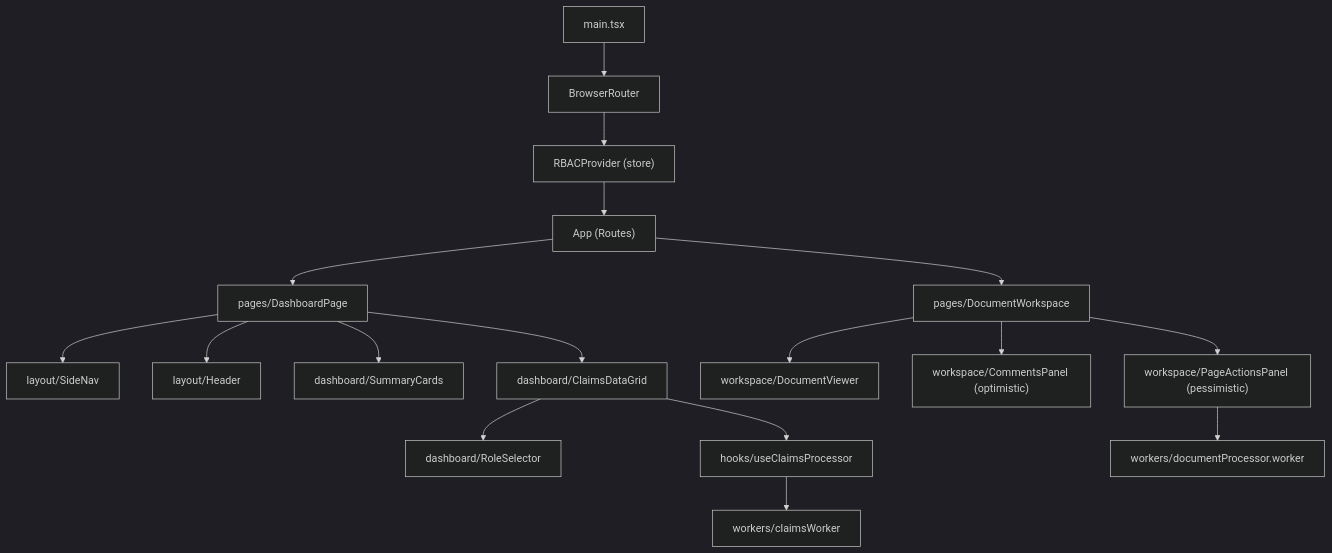
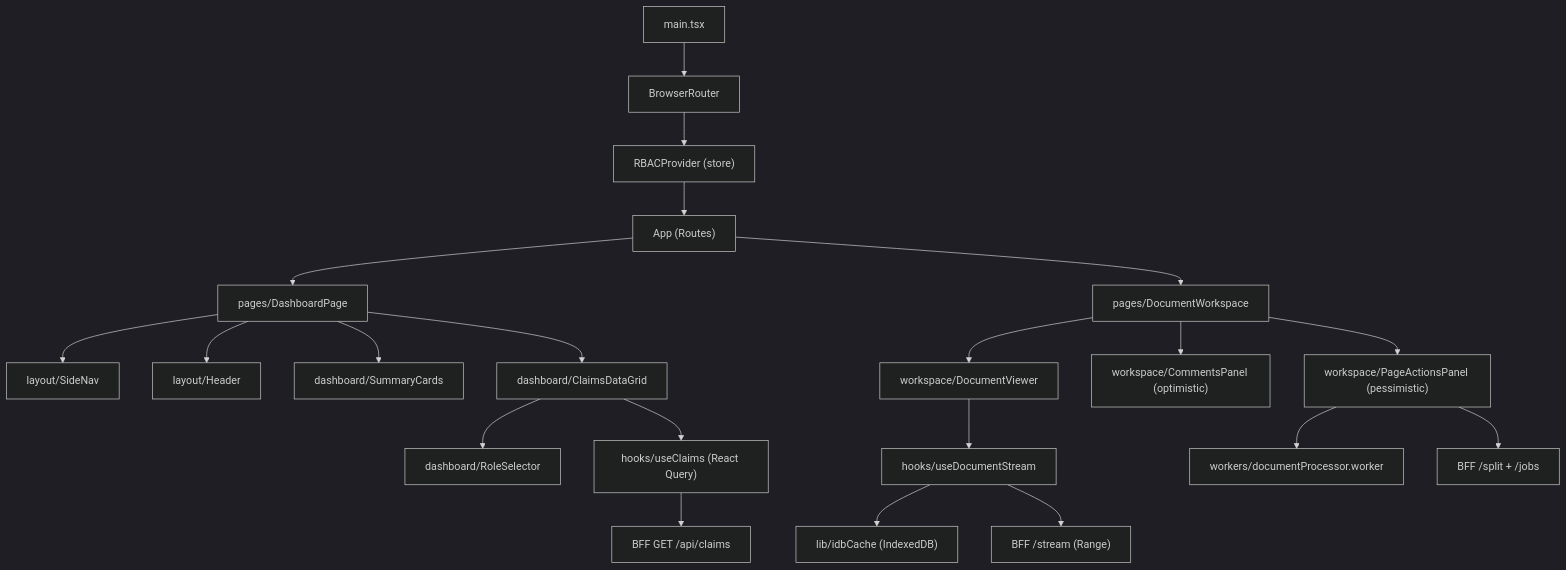
Before and after one commit to sivaramakrishnatumma/abc-insurance-claims: the third of 5 diagrams in docs/architecture.md, drawn with Mermaid (dark theme). The commit also changed other lines of this file and 19 other files, not shown here.

First line of the commit message:
feat: implement claims management API with pagination, sorting, and searching

````diff
--- a/docs/architecture.md
+++ b/docs/architecture.md
@@ -61,22 +61,26 @@
 ```mermaid
 flowchart TB
   main["main.tsx"] --> BR["BrowserRouter"]
   BR --> RBAC["RBACProvider (store)"]
   RBAC --> App["App (Routes)"]
 
   App --> Dash["pages/DashboardPage"]
   App --> Work["pages/DocumentWorkspace"]
 
   Dash --> Side["layout/SideNav"]
   Dash --> Head["layout/Header"]
   Dash --> Cards["dashboard/SummaryCards"]
   Dash --> DGrid["dashboard/ClaimsDataGrid"]
   DGrid --> Role["dashboard/RoleSelector"]
-  DGrid --> Hook["hooks/useClaimsProcessor"]
-  Hook --> CW["workers/claimsWorker"]
+  DGrid --> Hook["hooks/useClaims (React Query)"]
+  Hook --> BFF["BFF GET /api/claims"]
 
   Work --> Viewer["workspace/DocumentViewer"]
+  Viewer --> Stream["hooks/useDocumentStream"]
+  Stream --> IDB["lib/idbCache (IndexedDB)"]
+  Stream --> BFFS["BFF /stream (Range)"]
   Work --> Comments["workspace/CommentsPanel (optimistic)"]
   Work --> Actions["workspace/PageActionsPanel (pessimistic)"]
   Actions --> DW["workers/documentProcessor.worker"]
+  Actions --> BFFJ["BFF /split + /jobs"]
 ```
````
